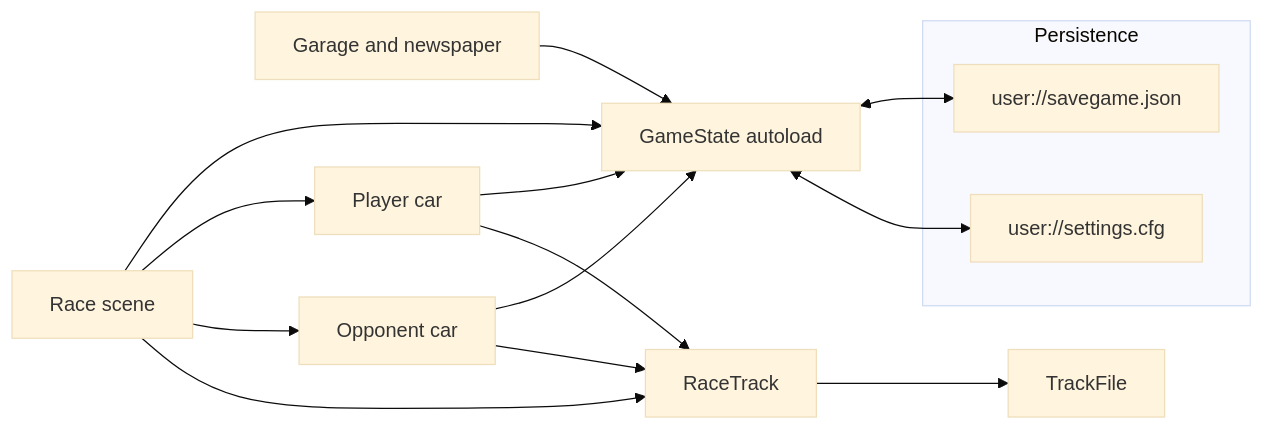
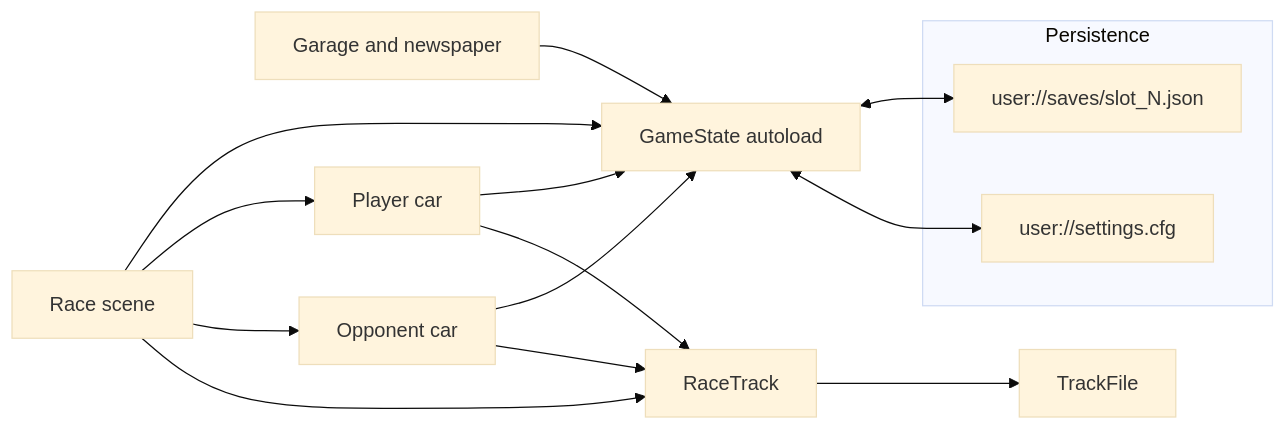
One commit to StreetRod3/StreetRod3 changed the second of 3 diagrams in docs/architecture.md. Above: the diagram before and after it, drawn with Mermaid (base theme). The commit also changed other lines of this file and 6 other files, not shown here.

````diff
--- a/docs/architecture.md
+++ b/docs/architecture.md
@@ -56,28 +56,28 @@
 ```mermaid
 flowchart LR
   subgraph persist [Persistence]
-    save["user://savegame.json"]
+    save["user://saves/slot_N.json"]
     settings["user://settings.cfg"]
   end
 
   gs[GameState autoload]
   garage[Garage and newspaper]
   race[Race scene]
   player[Player car]
   opp[Opponent car]
   track[RaceTrack]
   loader[TrackFile]
 
   gs <--> save
   gs <--> settings
   garage --> gs
   race --> gs
   player --> gs
   opp --> gs
   race --> player
   race --> opp
   race --> track
   track --> loader
   player --> track
   opp --> track
 ```
````
